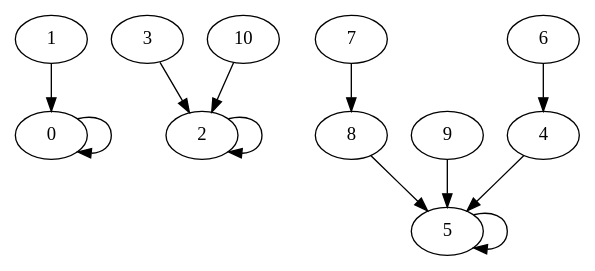
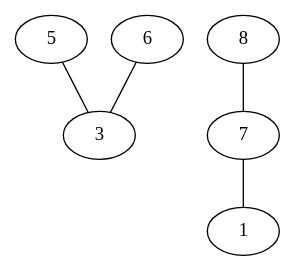
One commit to evlrs/Labyrinthe changed the diagram in partition/dorian/graph_do.dot. Above: the diagram before and after it, drawn with Graphviz. The commit also changed 17 other files, not shown here.

```diff
--- a/partition/dorian/graph_do.dot
+++ b/partition/dorian/graph_do.dot
@@ -1,13 +1,6 @@
-digraph {
-	 0 -> 0;
-	 1 -> 0;
-	 2 -> 2;
-	 3 -> 2;
-	 4 -> 5;
-	 5 -> 5;
-	 6 -> 4;
-	 7 -> 8;
-	 8 -> 5;
-	 9 -> 5;
-	 10 -> 2;
+graph {
+	 5 -- 3;
+	 6 -- 3;
+	 7 -- 1;
+	 8 -- 7;
 }
```
